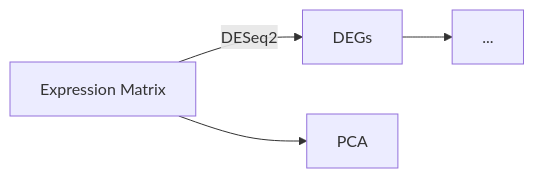
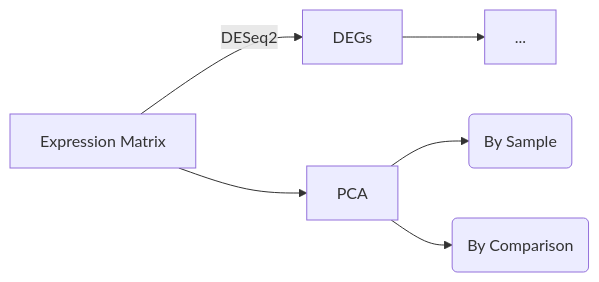
One commit to XLions/Singh_RNA-Seq changed the second of 2 diagrams in README.md. Above: the diagram before and after it, drawn with Mermaid.

````diff
--- a/README.md
+++ b/README.md
@@ -18,6 +18,8 @@
 ```mermaid
 graph LR
     A[Expression Matrix] -- DESeq2 --> B[DEGs]
     A --> C[PCA]
-    B --> D[...]
+    C --> D(By Sample)
+    C --> E(By Comparison)
+    B --> F[...]
 ```
````
